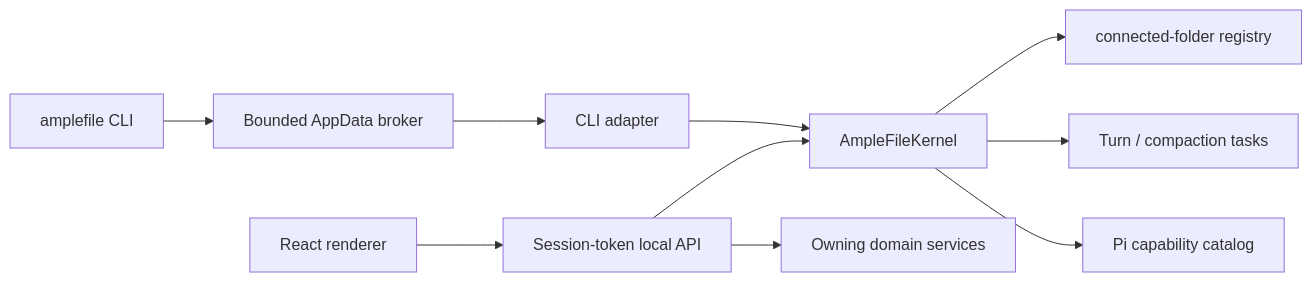
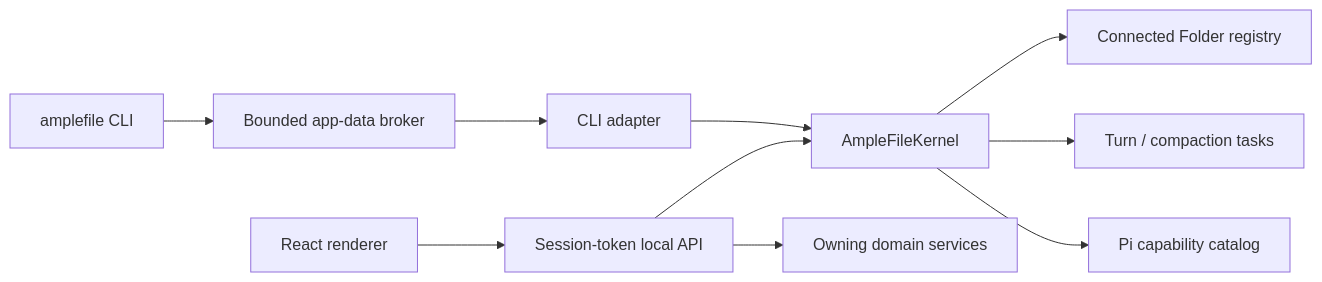
The diagram in docs/architecture.md (Mat-Tom-Son/amplefile), drawn with Mermaid before and after one commit. The commit also changed other lines of this file and 281 other files, not shown here.

````diff
--- a/docs/architecture.md
+++ b/docs/architecture.md
@@ -17,12 +34,12 @@
 ```mermaid
 flowchart LR
   renderer["React renderer"] --> api["Session-token local API"]
-  cli["amplefile CLI"] --> broker["Bounded AppData broker"]
+  cli["amplefile CLI"] --> broker["Bounded app-data broker"]
   broker --> adapter["CLI adapter"]
   api --> kernel["AmpleFileKernel"]
   adapter --> kernel
-  kernel --> connected-folders["connected-folder registry"]
+  kernel --> folders["Connected Folder registry"]
   kernel --> tasks["Turn / compaction tasks"]
   kernel --> pi["Pi capability catalog"]
   api --> mutations["Owning domain services"]
 ```
````
